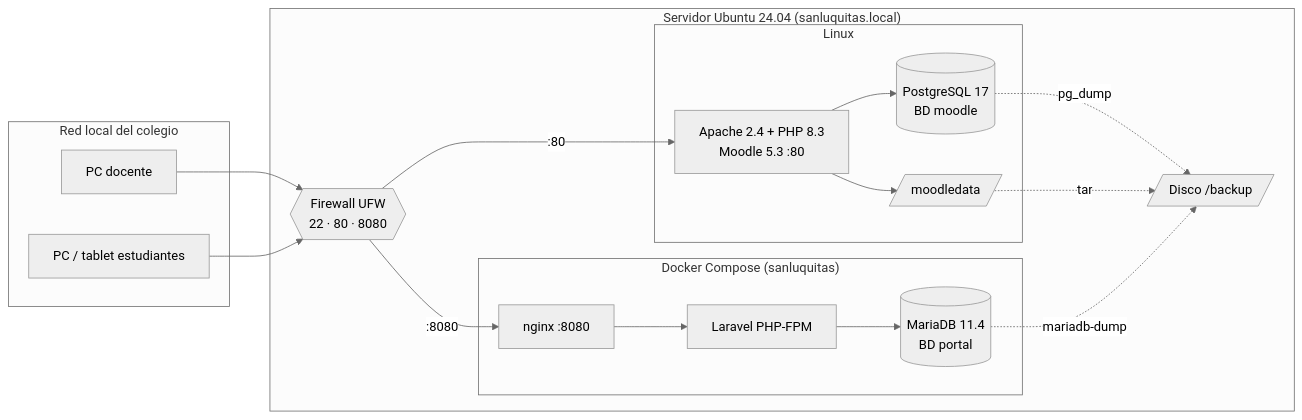
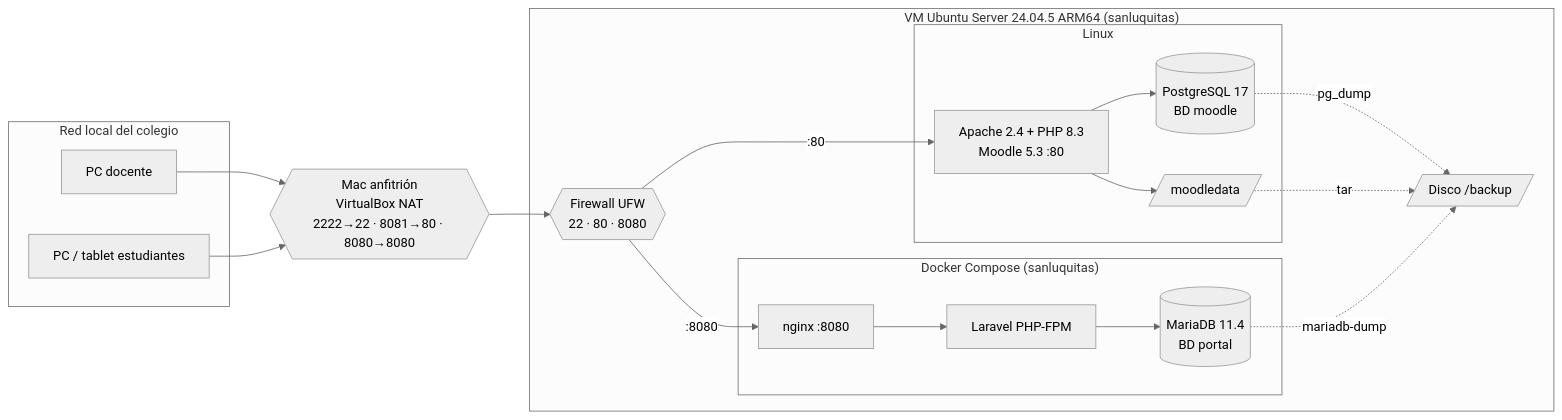
Before and after one commit to CamiloCalder0n/san-luquitas-infra: the diagram in docs/arquitectura.md, drawn with Mermaid (neutral theme). The commit also changed other lines of this file and 18 other files, not shown here.

````diff
--- a/docs/arquitectura.md
+++ b/docs/arquitectura.md
@@ -5,35 +5,37 @@
 ```mermaid
 flowchart LR
     subgraph Red local del colegio
         U1[PC docente]
         U2[PC / tablet estudiantes]
     end
 
-    subgraph VM["Servidor Ubuntu 24.04 (sanluquitas.local)"]
+    MAC{{Mac anfitrión<br/>VirtualBox NAT<br/>2222→22 · 8081→80 · 8080→8080}}
+
+    subgraph VM["VM Ubuntu Server 24.04.5 ARM64 (sanluquitas)"]
         UFW{{Firewall UFW<br/>22 · 80 · 8080}}
 
         subgraph Linux
             AP[Apache 2.4 + PHP 8.3<br/>Moodle 5.3 :80]
             PG[(PostgreSQL 17<br/>BD moodle)]
             MD[/moodledata/]
         end
 
         subgraph Docker["Docker Compose (sanluquitas)"]
             WEB[nginx :8080]
             APP[Laravel PHP-FPM]
             DB[(MariaDB 11.4<br/>BD portal)]
         end
 
         BK[/Disco /backup/]
     end
 
-    U1 & U2 --> UFW
+    U1 & U2 --> MAC --> UFW
     UFW -->|:80| AP
     UFW -->|:8080| WEB
     AP --> PG
     AP --> MD
     WEB --> APP --> DB
     PG -. pg_dump .-> BK
     MD -. tar .-> BK
     DB -. mariadb-dump .-> BK
 ```
````
